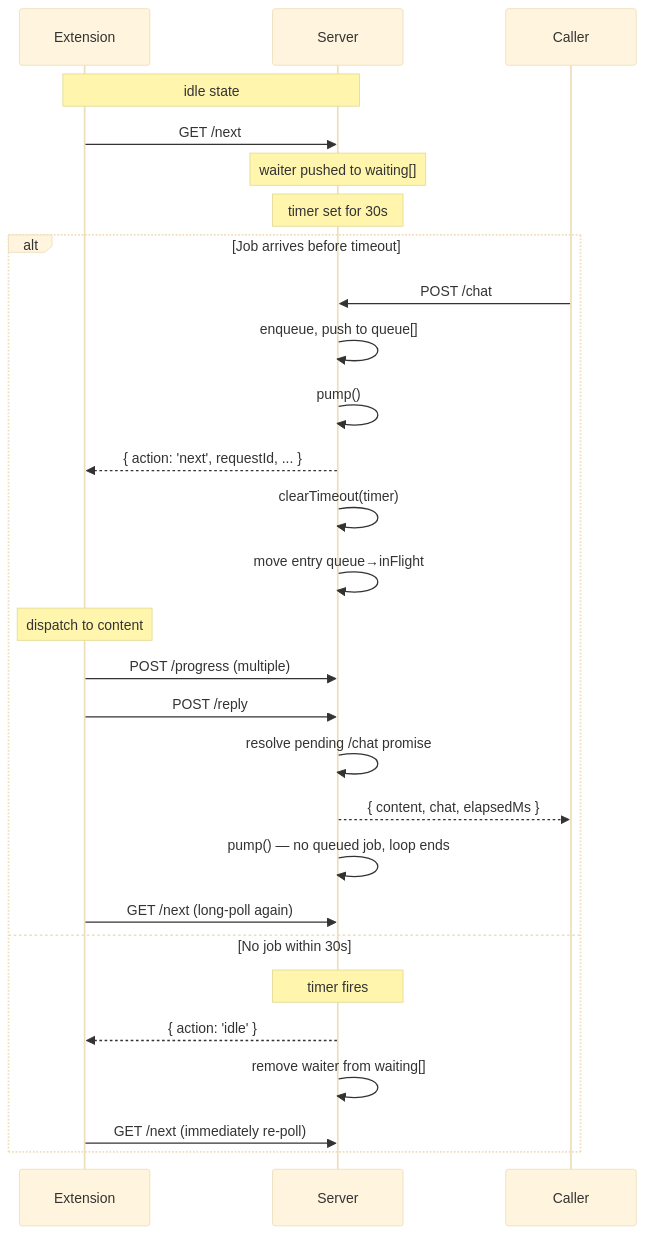
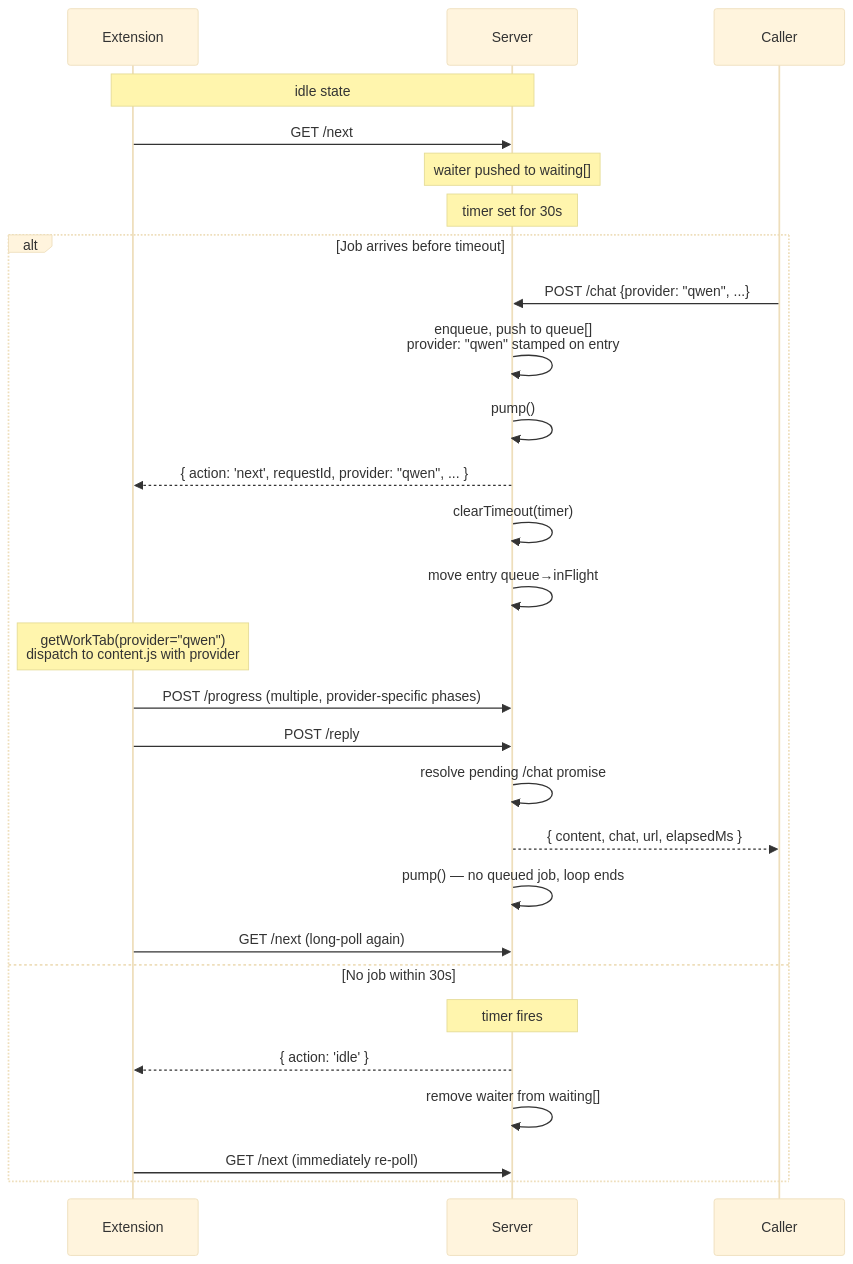
The first of 2 diagrams in docs/protocol.md (pulchowk-events/deepseek-connect), drawn with Mermaid (base theme) before and after one commit. The commit also changed other lines of this file and 25 other files, not shown here.

First line of the commit message:
feat: multi-provider plugin architecture (DeepSeek + Qwen) — v0.2.0 (#4)

````diff
--- a/docs/protocol.md
+++ b/docs/protocol.md
@@ -513,32 +630,32 @@
 ```mermaid
 sequenceDiagram
     participant Ext as Extension
     participant Srv as Server
     participant Caller
 
     Note over Ext,Srv: idle state
     Ext->>Srv: GET /next
     Note over Srv: waiter pushed to waiting[]
     Note over Srv: timer set for 30s
 
     alt Job arrives before timeout
-        Caller->>Srv: POST /chat
-        Srv->>Srv: enqueue, push to queue[]
+        Caller->>Srv: POST /chat {provider: "qwen", ...}
+        Srv->>Srv: enqueue, push to queue[]<br/>provider: "qwen" stamped on entry
         Srv->>Srv: pump()
-        Srv-->>Ext: { action: 'next', requestId, ... }
+        Srv-->>Ext: { action: 'next', requestId, provider: "qwen", ... }
         Srv->>Srv: clearTimeout(timer)
         Srv->>Srv: move entry queue→inFlight
-        Note over Ext: dispatch to content
-        Ext->>Srv: POST /progress (multiple)
+        Note over Ext: getWorkTab(provider="qwen")<br/>dispatch to content.js with provider
+        Ext->>Srv: POST /progress (multiple, provider-specific phases)
         Ext->>Srv: POST /reply
         Srv->>Srv: resolve pending /chat promise
-        Srv-->>Caller: { content, chat, elapsedMs }
+        Srv-->>Caller: { content, chat, url, elapsedMs }
         Srv->>Srv: pump() — no queued job, loop ends
         Ext->>Srv: GET /next (long-poll again)
     else No job within 30s
         Note over Srv: timer fires
         Srv-->>Ext: { action: 'idle' }
         Srv->>Srv: remove waiter from waiting[]
         Ext->>Srv: GET /next (immediately re-poll)
     end
 ```
````
